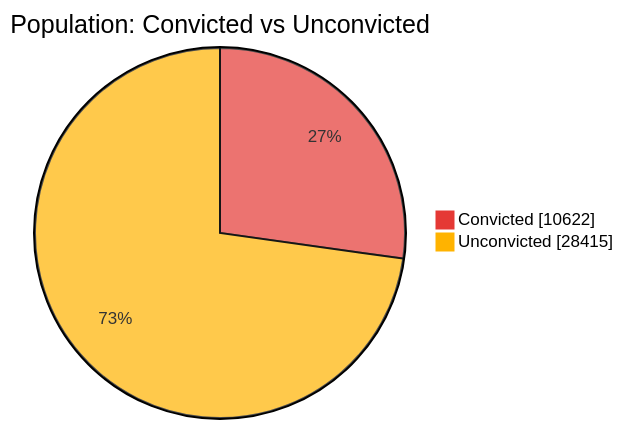
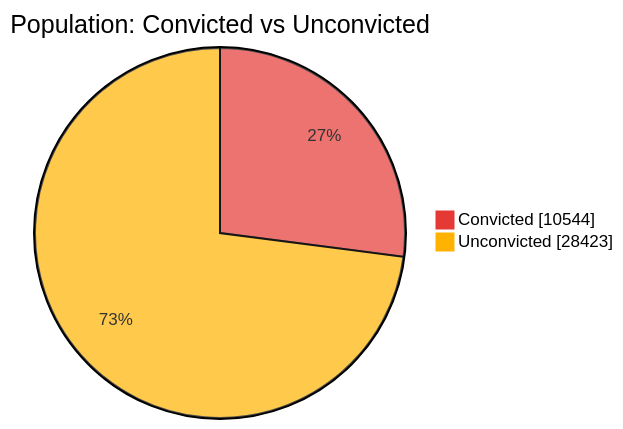
Before and after one commit to nuuuwan/lk_prisons: the first of 7 diagrams in README.md, drawn with Mermaid. The commit also changed other lines of this file and 1 other file, not shown here.

````diff
--- a/README.md
+++ b/README.md
@@ -43,6 +43,6 @@
 ```mermaid
 %%{init: {'themeVariables': {'pie1': '#E53935', 'pie2': '#FFB300'}}}%%
 pie showData title Population: Convicted vs Unconvicted
-    "Convicted" : 10622
-    "Unconvicted" : 28415
+    "Convicted" : 10544
+    "Unconvicted" : 28423
 ```
````
